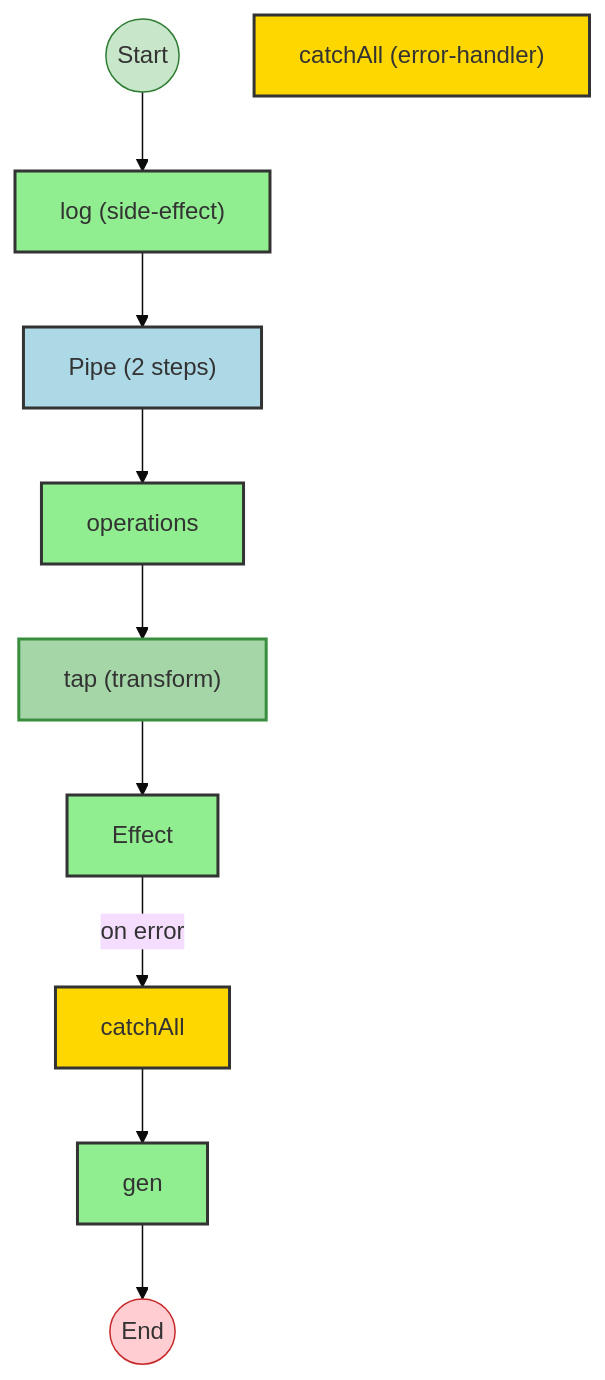
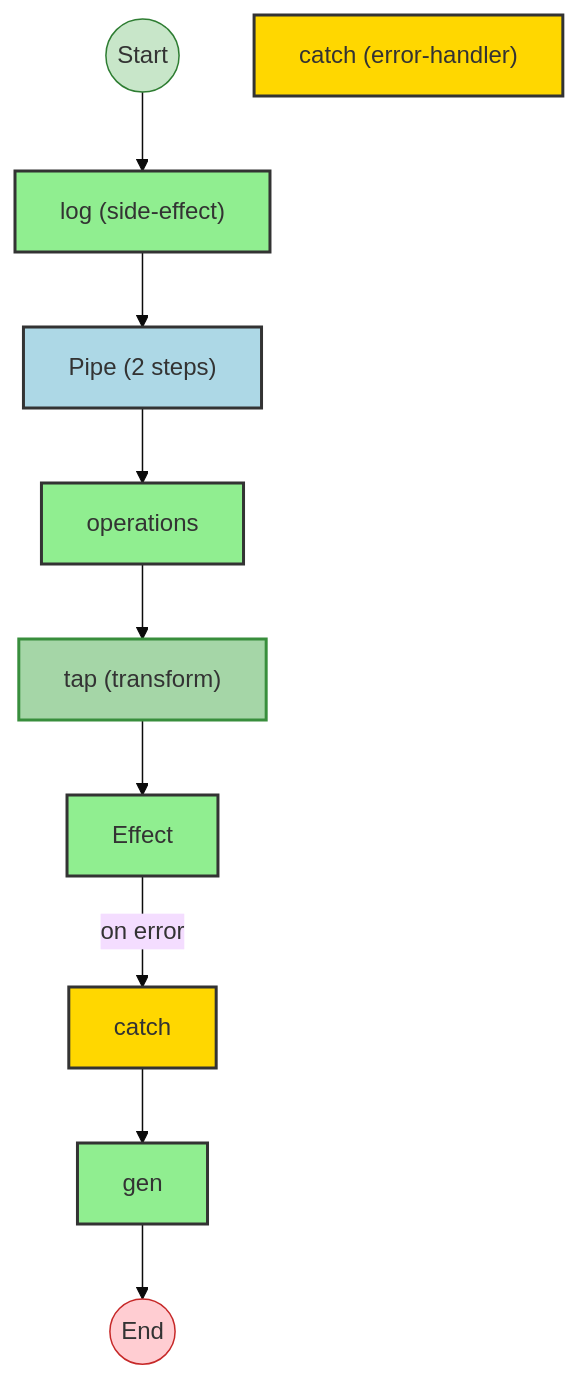
Before and after one commit to jagreehal/effect-analyzer: the sixth of 15 diagrams in packages/effect-analyzer/src/__fixtures__/real-world-patterns.effect-analysis.md, drawn with Mermaid (base theme). The commit also changed other lines of this file and 131 other files, not shown here.

First line of the commit message:
feat!: Effect v4-only architecture with decomposed analysis interface (#202)

````diff
--- a/packages/effect-analyzer/src/__fixtures__/real-world-patterns.effect-analysis.md
+++ b/packages/effect-analyzer/src/__fixtures__/real-world-patterns.effect-analysis.md
@@ -427,45 +427,45 @@
 ```mermaid
 flowchart TB
 
   %% Program: dbTransaction
 
   start((Start))
   end_node((End))
 
   n2["log (side-effect)"]
   n3["Pipe (2 steps)"]
   n4["operations"]
   n5["tap (transform)"]
-  n6["catchAll (error-handler)"]
+  n6["catch (error-handler)"]
   n7["Effect"]
-  err_handler_8["catchAll"]
+  err_handler_8["catch"]
   n9["gen"]
 
   %% Edges
   n4 --> n5
   n7 -->|on error| err_handler_8
   err_handler_8 --> n9
   n5 --> n7
   n3 --> n4
   n2 --> n3
   start --> n2
   n9 --> end_node
 
   %% Styles
   classDef startStyle fill:#c8e6c9,stroke:#2e7d32
   classDef endStyle fill:#ffcdd2,stroke:#c62828
   classDef effectStyle fill:#90EE90,stroke:#333,stroke-width:2px
   classDef pipeStyle fill:#ADD8E6,stroke:#333,stroke-width:2px
   classDef errorHandlerStyle fill:#FFD700,stroke:#333,stroke-width:2px
   classDef transformStyle fill:#A5D6A7,stroke:#388E3C,stroke-width:2px
   class start startStyle
   class end_node endStyle
   class n2 effectStyle
   class n3 pipeStyle
   class n4 effectStyle
   class n5 transformStyle
   class n6 errorHandlerStyle
   class n7 effectStyle
   class err_handler_8 errorHandlerStyle
   class n9 effectStyle
 ```
````
